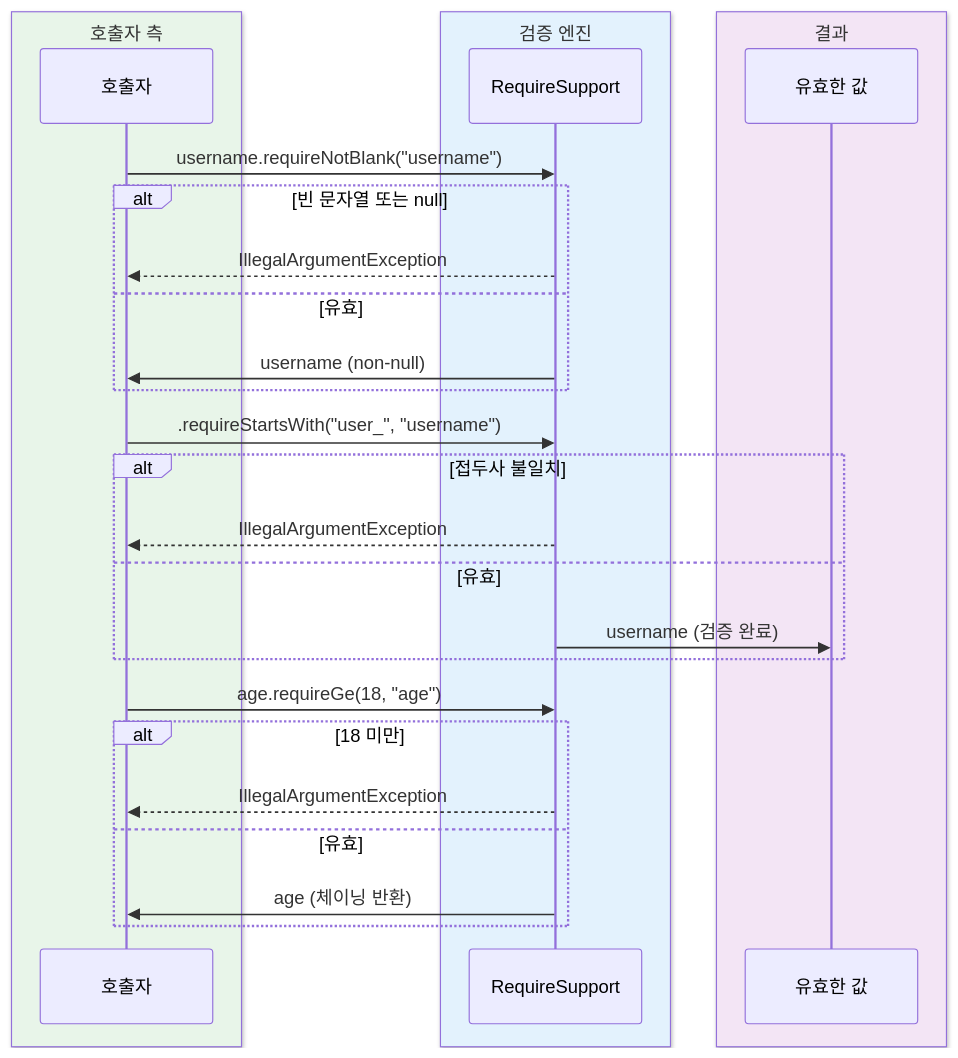
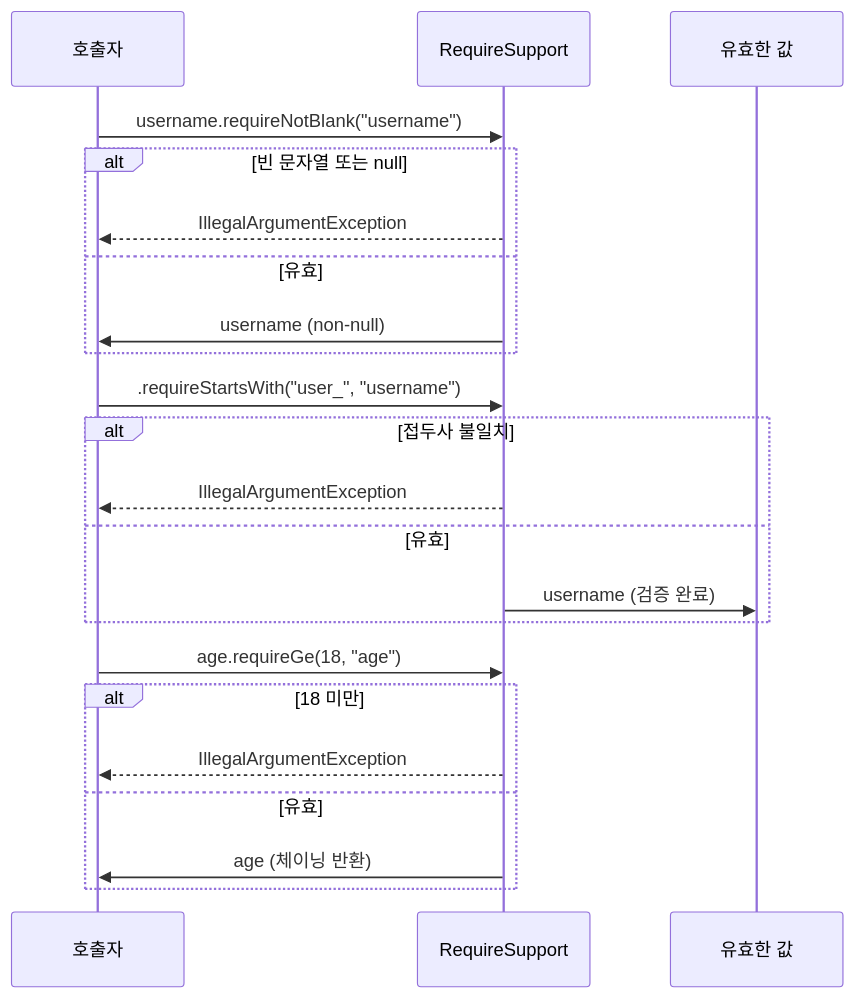
The third of 3 diagrams in bluetape4k/core/README.ko.md (bluetape4k/bluetape4k-projects), drawn with Mermaid before and after one commit. The commit also changed other lines of this file and 219 other files, not shown here.

First line of the commit message:
docs: 전체 README Mermaid 다이어그램 가이드 적용

````diff
--- a/bluetape4k/core/README.ko.md
+++ b/bluetape4k/core/README.ko.md
@@ -154,33 +154,27 @@
 ```mermaid
 sequenceDiagram
-    box rgb(232, 245, 233) 호출자 측
         participant C as 호출자
-    end
-    box rgb(227, 242, 253) 검증 엔진
         participant R as RequireSupport
-    end
-    box rgb(243, 229, 245) 결과
         participant V as 유효한 값
-    end
 
     C->>R: username.requireNotBlank("username")
     alt 빈 문자열 또는 null
         R-->>C: IllegalArgumentException
     else 유효
         R->>C: username (non-null)
     end
 
     C->>R: .requireStartsWith("user_", "username")
     alt 접두사 불일치
         R-->>C: IllegalArgumentException
     else 유효
         R->>V: username (검증 완료)
     end
 
     C->>R: age.requireGe(18, "age")
     alt 18 미만
         R-->>C: IllegalArgumentException
     else 유효
         R->>C: age (체이닝 반환)
     end
 ```
````
